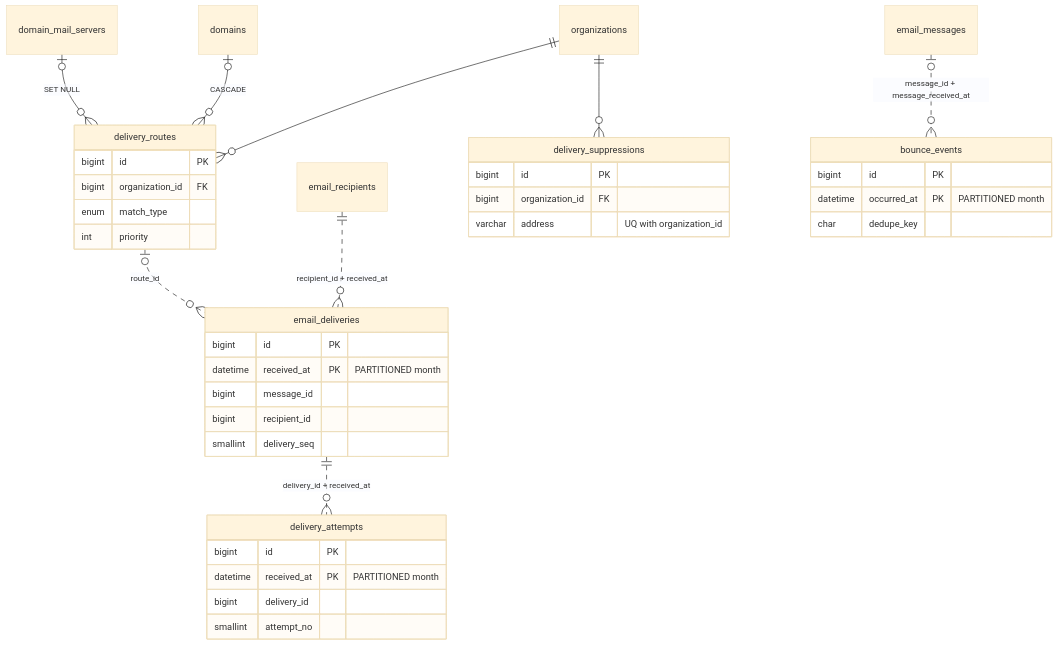
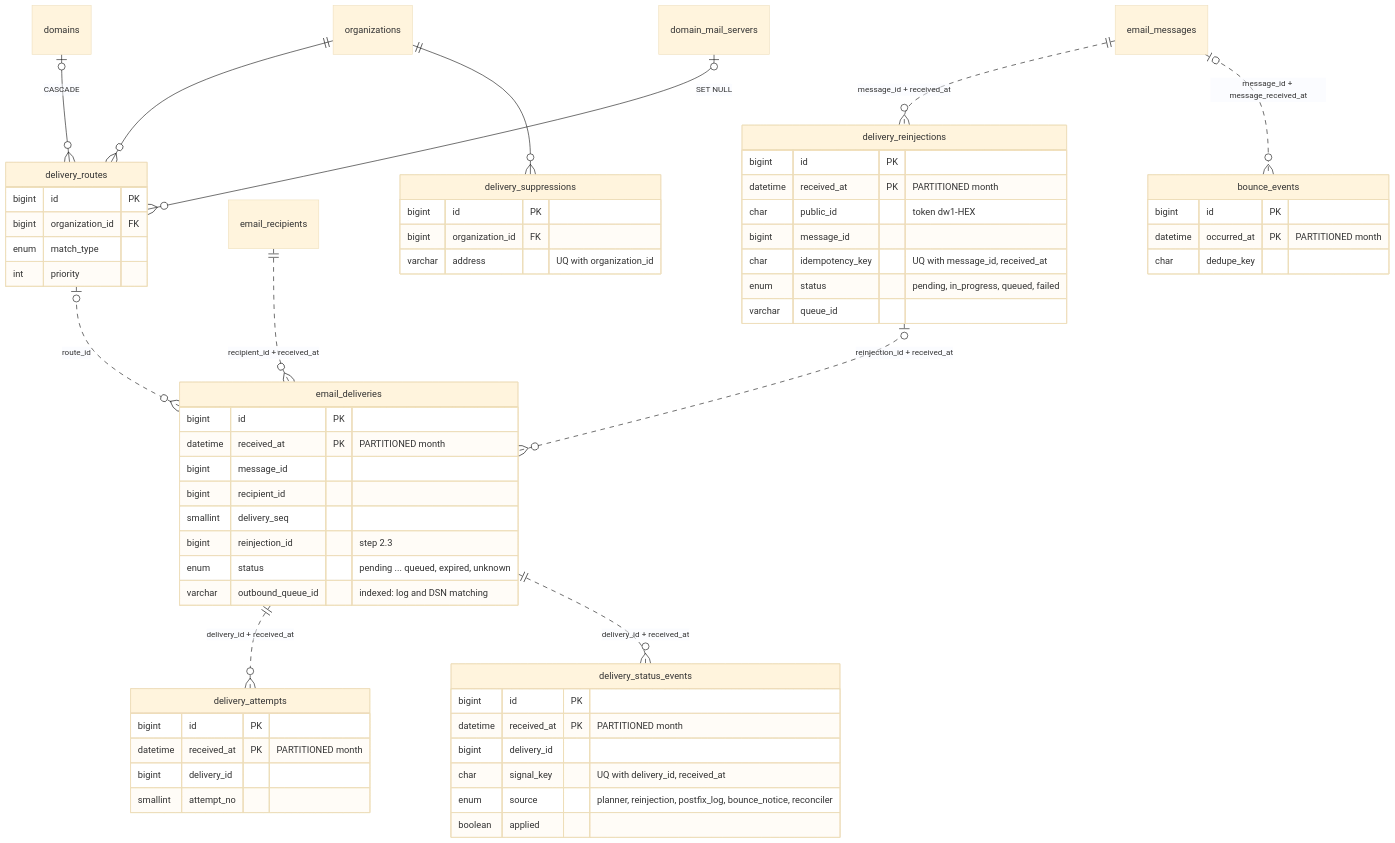
The eighth of 11 diagrams in docs/database/er-diagram.md (mnnitsarvesh-ai/email-gateway), drawn with Mermaid (base theme) before and after one commit. The commit also changed other lines of this file and 240 other files, not shown here.

````diff
--- a/docs/database/er-diagram.md
+++ b/docs/database/er-diagram.md
@@ -459,40 +477,63 @@
 ```mermaid
 erDiagram
   organizations ||--o{ delivery_routes : ""
   domains |o--o{ delivery_routes : "CASCADE"
   domain_mail_servers |o--o{ delivery_routes : "SET NULL"
   email_recipients ||..o{ email_deliveries : "recipient_id + received_at"
   email_deliveries ||..o{ delivery_attempts : "delivery_id + received_at"
   delivery_routes |o..o{ email_deliveries : "route_id"
+  email_messages ||..o{ delivery_reinjections : "message_id + received_at"
+  delivery_reinjections |o..o{ email_deliveries : "reinjection_id + received_at"
+  email_deliveries ||..o{ delivery_status_events : "delivery_id + received_at"
   organizations ||--o{ delivery_suppressions : ""
   email_messages |o..o{ bounce_events : "message_id + message_received_at"
   delivery_routes {
     bigint id PK
     bigint organization_id FK
     enum match_type
     int priority
   }
   email_deliveries {
     bigint id PK
     datetime received_at PK "PARTITIONED month"
     bigint message_id
     bigint recipient_id
     smallint delivery_seq
+    bigint reinjection_id "step 2.3"
+    enum status "pending ... queued, expired, unknown"
+    varchar outbound_queue_id "indexed: log and DSN matching"
+  }
+  delivery_reinjections {
+    bigint id PK
+    datetime received_at PK "PARTITIONED month"
+    char public_id "token dw1-HEX"
+    bigint message_id
+    char idempotency_key "UQ with message_id, received_at"
+    enum status "pending, in_progress, queued, failed"
+    varchar queue_id
+  }
+  delivery_status_events {
+    bigint id PK
+    datetime received_at PK "PARTITIONED month"
+    bigint delivery_id
+    char signal_key "UQ with delivery_id, received_at"
+    enum source "planner, reinjection, postfix_log, bounce_notice, reconciler"
+    boolean applied
   }
   delivery_attempts {
     bigint id PK
     datetime received_at PK "PARTITIONED month"
     bigint delivery_id
     smallint attempt_no
   }
   delivery_suppressions {
     bigint id PK
     bigint organization_id FK
     varchar address "UQ with organization_id"
   }
   bounce_events {
     bigint id PK
     datetime occurred_at PK "PARTITIONED month"
     char dedupe_key
   }
 ```
````
